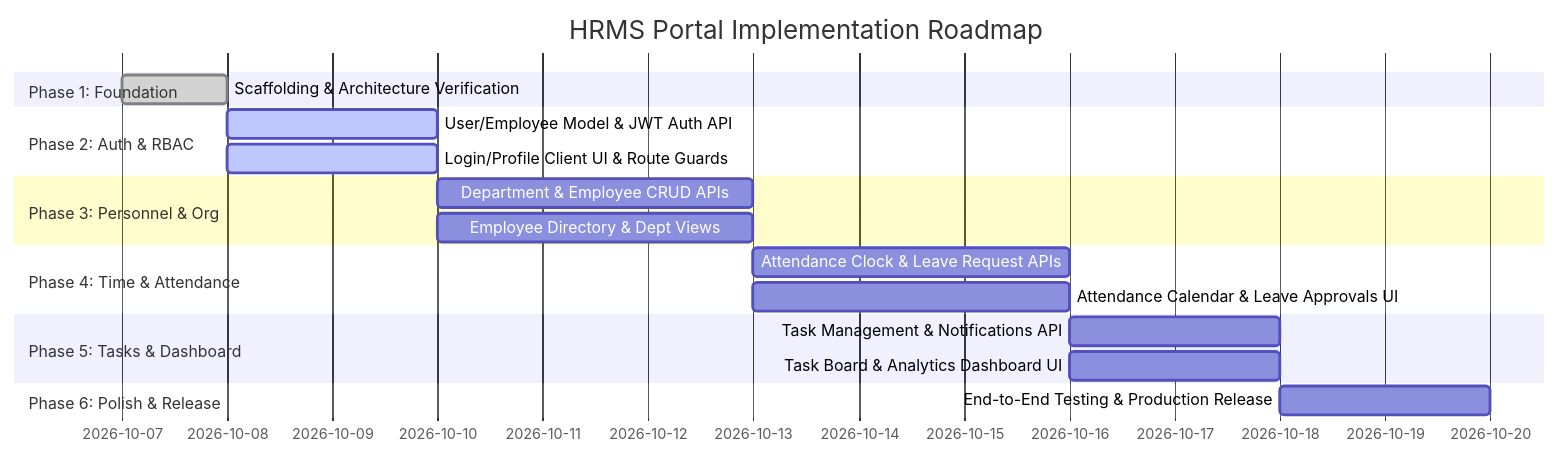
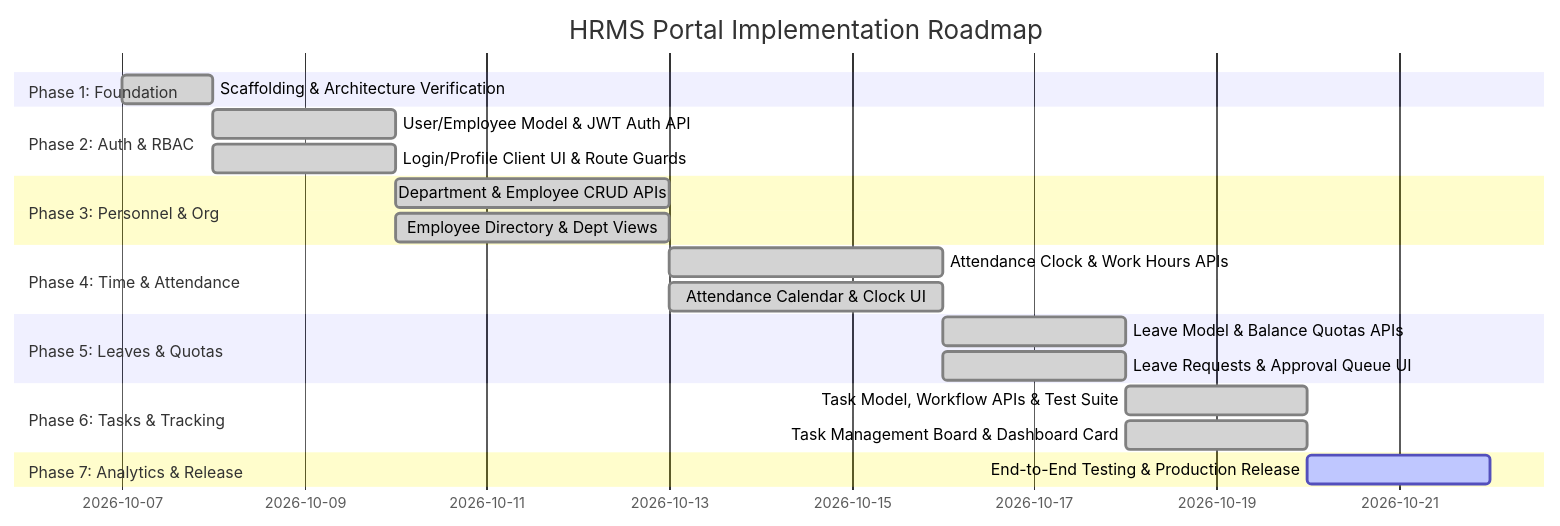
Before and after one commit to Arshad-010/HRMS-portal: the second of 2 diagrams in docs/ARCHITECTURE.md, drawn with Mermaid. The commit also changed other lines of this file and 4 other files, not shown here.

Commit message:
feat(frontend): implement Task Management UI, modals, filters, and dashboard integration

````diff
--- a/docs/ARCHITECTURE.md
+++ b/docs/ARCHITECTURE.md
@@ -476,21 +482,24 @@
 ```mermaid
 gantt
     title HRMS Portal Implementation Roadmap
     dateFormat  YYYY-MM-DD
     section Phase 1: Foundation
     Scaffolding & Architecture Verification  :done, p1, 2026-10-07, 1d
     section Phase 2: Auth & RBAC
-    User/Employee Model & JWT Auth API       :active, p2_1, 2026-10-08, 2d
-    Login/Profile Client UI & Route Guards   :active, p2_2, 2026-10-08, 2d
+    User/Employee Model & JWT Auth API       :done, p2_1, 2026-10-08, 2d
+    Login/Profile Client UI & Route Guards   :done, p2_2, 2026-10-08, 2d
     section Phase 3: Personnel & Org
-    Department & Employee CRUD APIs          :p3_1, 2026-10-10, 3d
-    Employee Directory & Dept Views          :p3_2, 2026-10-10, 3d
+    Department & Employee CRUD APIs          :done, p3_1, 2026-10-10, 3d
+    Employee Directory & Dept Views          :done, p3_2, 2026-10-10, 3d
     section Phase 4: Time & Attendance
-    Attendance Clock & Leave Request APIs    :p4_1, 2026-10-13, 3d
-    Attendance Calendar & Leave Approvals UI :p4_2, 2026-10-13, 3d
-    section Phase 5: Tasks & Dashboard
-    Task Management & Notifications API      :p5_1, 2026-10-16, 2d
-    Task Board & Analytics Dashboard UI      :p5_2, 2026-10-16, 2d
-    section Phase 6: Polish & Release
-    End-to-End Testing & Production Release  :p6, 2026-10-18, 2d
+    Attendance Clock & Work Hours APIs       :done, p4_1, 2026-10-13, 3d
+    Attendance Calendar & Clock UI           :done, p4_2, 2026-10-13, 3d
+    section Phase 5: Leaves & Quotas
+    Leave Model & Balance Quotas APIs        :done, p5_1, 2026-10-16, 2d
+    Leave Requests & Approval Queue UI       :done, p5_2, 2026-10-16, 2d
+    section Phase 6: Tasks & Tracking
+    Task Model, Workflow APIs & Test Suite   :done, p6_1, 2026-10-18, 2d
+    Task Management Board & Dashboard Card   :done, p6_2, 2026-10-18, 2d
+    section Phase 7: Analytics & Release
+    End-to-End Testing & Production Release  :active, p7, 2026-10-20, 2d
 ```
````
